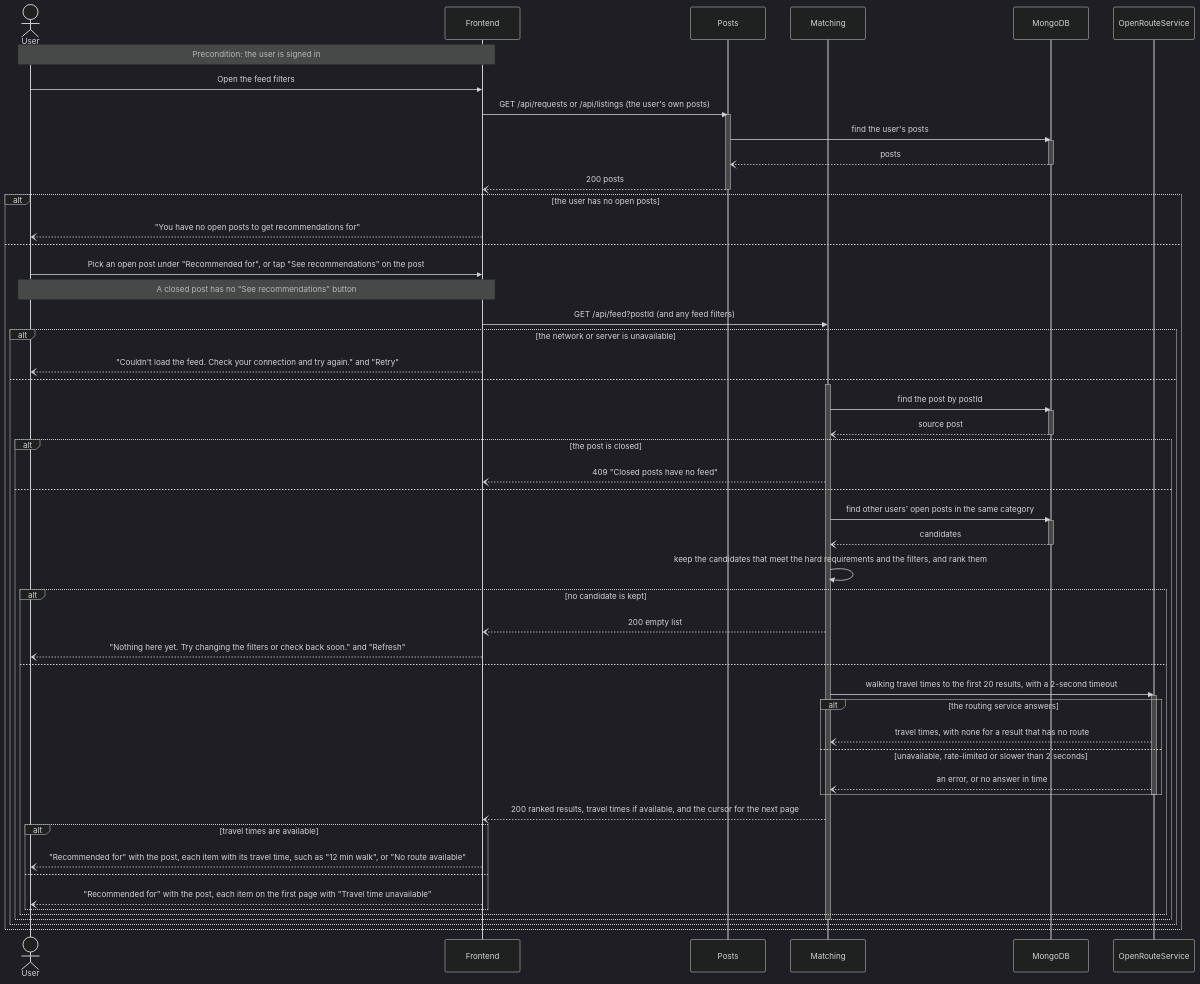
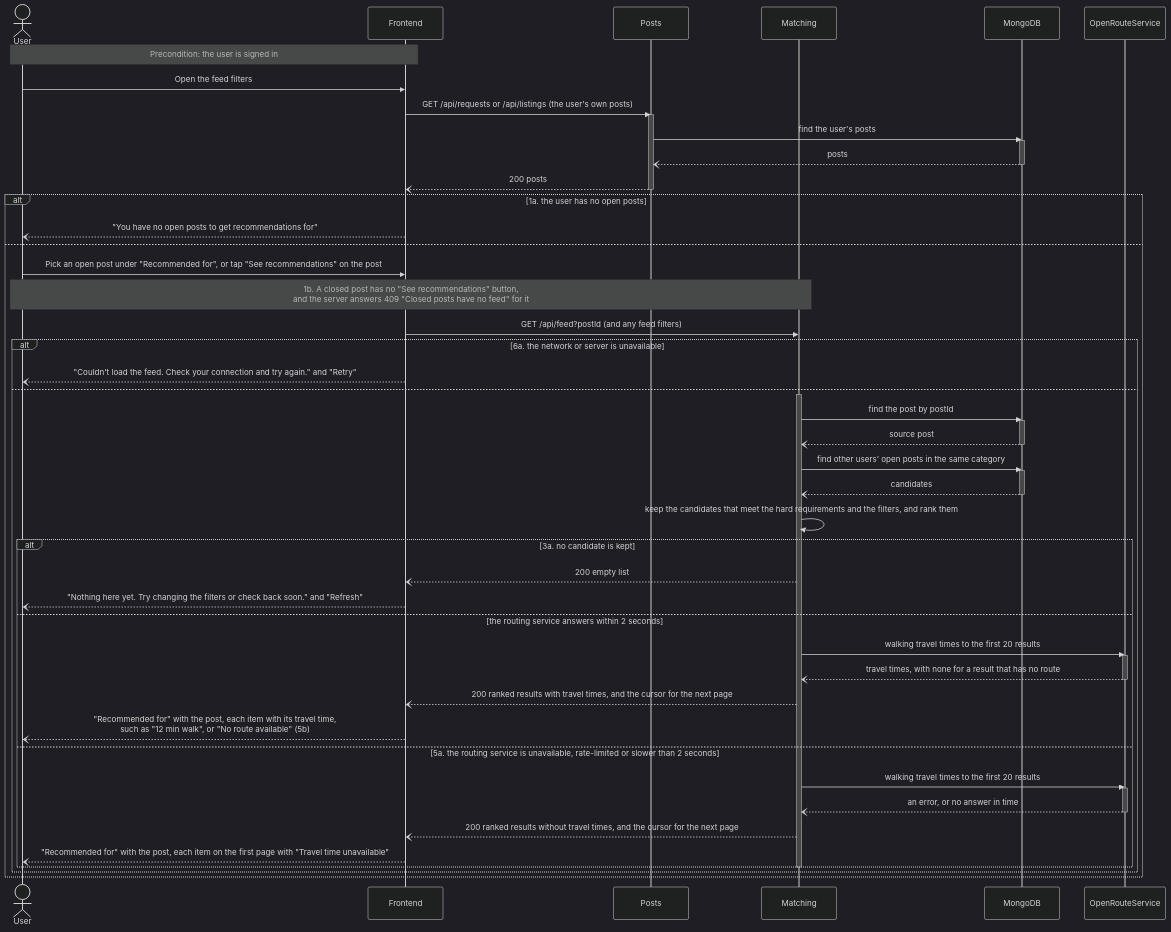
One commit to m1lun/MatchMarket changed the fourth of 6 diagrams in documentation/Requirements_and_Design.md. Above: the diagram before and after it, drawn with Mermaid (dark theme). The commit also changed other lines of this file, not shown here.

Commit message:
docs: simplify the sequence diagrams and label each branch with its use case step

````diff
--- a/documentation/Requirements_and_Design.md
+++ b/documentation/Requirements_and_Design.md
@@ -623,64 +607,59 @@
 ```mermaid
 sequenceDiagram
     actor U as User
     participant FE as Frontend
     participant P as Posts
     participant M as Matching
     participant DB as MongoDB
     participant ORS as OpenRouteService
     Note over U,FE: Precondition: the user is signed in
     U->>FE: Open the feed filters
     FE->>P: GET /api/requests or /api/listings (the user's own posts)
     activate P
     P->>DB: find the user's posts
     activate DB
     DB--)P: posts
     deactivate DB
     P--)FE: 200 posts
     deactivate P
-    alt the user has no open posts
+    alt 1a. the user has no open posts
         FE--)U: "You have no open posts to get recommendations for"
     else
         U->>FE: Pick an open post under "Recommended for", or tap "See recommendations" on the post
-        Note over U,FE: A closed post has no "See recommendations" button
+        Note over U,M: 1b. A closed post has no "See recommendations" button,<br/>and the server answers 409 "Closed posts have no feed" for it
         FE->>M: GET /api/feed?postId (and any feed filters)
-        alt the network or server is unavailable
+        alt 6a. the network or server is unavailable
             FE--)U: "Couldn't load the feed. Check your connection and try again." and "Retry"
         else
             activate M
             M->>DB: find the post by postId
             activate DB
             DB--)M: source post
             deactivate DB
-            alt the post is closed
-                M--)FE: 409 "Closed posts have no feed"
-            else
-                M->>DB: find other users' open posts in the same category
-                activate DB
-                DB--)M: candidates
-                deactivate DB
-                M->>M: keep the candidates that meet the hard requirements and the filters, and rank them
-                alt no candidate is kept
-                    M--)FE: 200 empty list
-                    FE--)U: "Nothing here yet. Try changing the filters or check back soon." and "Refresh"
-                else
-                    M->>ORS: walking travel times to the first 20 results, with a 2-second timeout
-                    activate ORS
-                    alt the routing service answers
-                        ORS--)M: travel times, with none for a result that has no route
-                    else unavailable, rate-limited or slower than 2 seconds
-                        ORS--)M: an error, or no answer in time
-                    end
-                    deactivate ORS
-                    M--)FE: 200 ranked results, travel times if available, and the cursor for the next page
-                    alt travel times are available
-                        FE--)U: "Recommended for" with the post, each item with its travel time, such as "12 min walk", or "No route available"
-                    else
-                        FE--)U: "Recommended for" with the post, each item on the first page with "Travel time unavailable"
-                    end
-                end
+            M->>DB: find other users' open posts in the same category
+            activate DB
+            DB--)M: candidates
+            deactivate DB
+            M->>M: keep the candidates that meet the hard requirements and the filters, and rank them
+            alt 3a. no candidate is kept
+                M--)FE: 200 empty list
+                FE--)U: "Nothing here yet. Try changing the filters or check back soon." and "Refresh"
+            else the routing service answers within 2 seconds
+                M->>ORS: walking travel times to the first 20 results
+                activate ORS
+                ORS--)M: travel times, with none for a result that has no route
+                deactivate ORS
+                M--)FE: 200 ranked results with travel times, and the cursor for the next page
+                FE--)U: "Recommended for" with the post, each item with its travel time,<br/>such as "12 min walk", or "No route available" (5b)
+            else 5a. the routing service is unavailable, rate-limited or slower than 2 seconds
+                M->>ORS: walking travel times to the first 20 results
+                activate ORS
+                ORS--)M: an error, or no answer in time
+                deactivate ORS
+                M--)FE: 200 ranked results without travel times, and the cursor for the next page
+                FE--)U: "Recommended for" with the post, each item on the first page with "Travel time unavailable"
             end
             deactivate M
         end
     end
 ```
````
